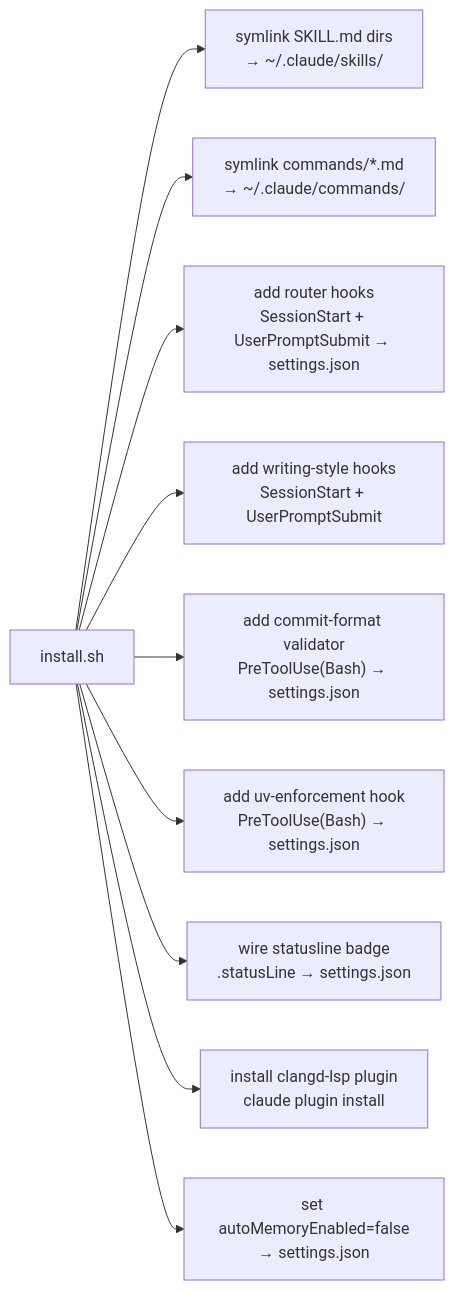
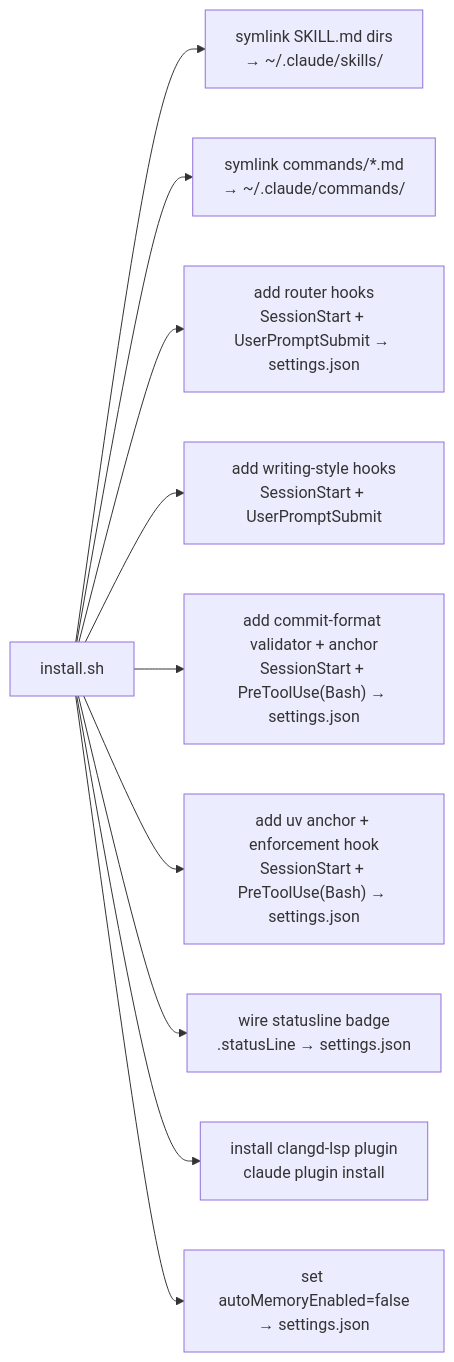
One commit to ubunish/nish-ai changed the first of 3 diagrams in README.md. Above: the diagram before and after it, drawn with Mermaid. The commit also changed other lines of this file and 5 other files, not shown here.

Commit message:
feat: prime uv and github conventions at session start

````diff
--- a/README.md
+++ b/README.md
@@ -91,12 +91,12 @@
 ```mermaid
 flowchart LR
     I["install.sh"] --> S["symlink SKILL.md dirs<br/>→ ~/.claude/skills/"]
     I --> C["symlink commands/*.md<br/>→ ~/.claude/commands/"]
     I --> HR["add router hooks<br/>SessionStart + UserPromptSubmit → settings.json"]
     I --> HS["add writing-style hooks<br/>SessionStart + UserPromptSubmit"]
-    I --> HV["add commit-format validator<br/>PreToolUse(Bash) → settings.json"]
-    I --> HU["add uv-enforcement hook<br/>PreToolUse(Bash) → settings.json"]
+    I --> HV["add commit-format validator + anchor<br/>SessionStart + PreToolUse(Bash) → settings.json"]
+    I --> HU["add uv anchor + enforcement hook<br/>SessionStart + PreToolUse(Bash) → settings.json"]
     I --> SL["wire statusline badge<br/>.statusLine → settings.json"]
     I --> PL["install clangd-lsp plugin<br/>claude plugin install"]
     I --> M["set autoMemoryEnabled=false<br/>→ settings.json"]
 ```
````
